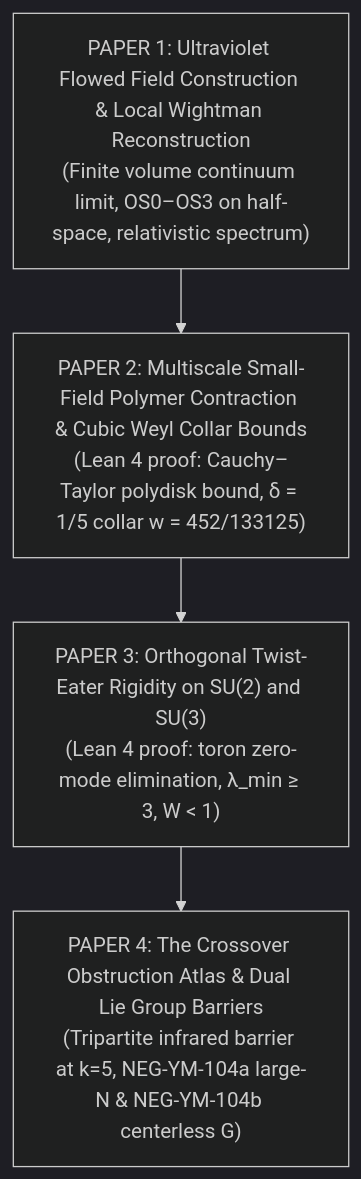
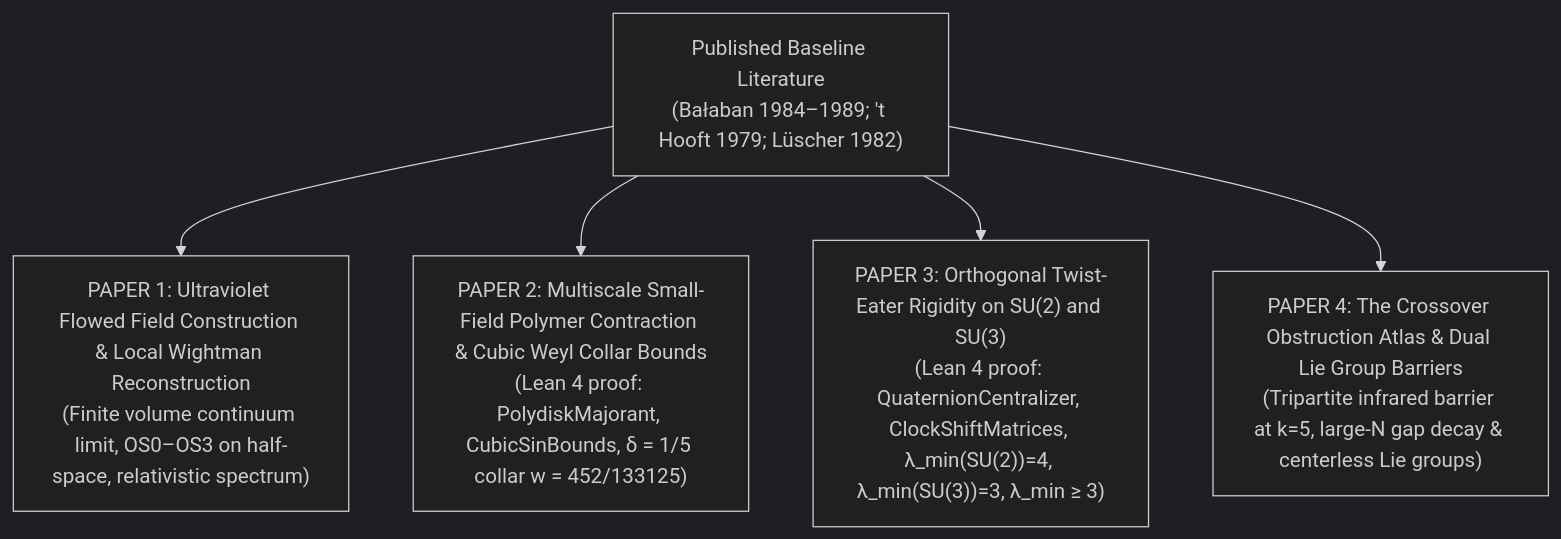
The diagram in docs/YANG_MILLS_MODULAR_RESEARCH_PLAN.md (Qamarbajwa/yang-mills-lean4), drawn with Mermaid (dark theme) before and after one commit. The commit also changed 39 other files, not shown here.

````diff
--- a/docs/YANG_MILLS_MODULAR_RESEARCH_PLAN.md
+++ b/docs/YANG_MILLS_MODULAR_RESEARCH_PLAN.md
@@ -71,11 +71,13 @@
 ```mermaid
 flowchart TD
+    BASE["Published Baseline Literature<br>(Bałaban 1984–1989; 't Hooft 1979; Lüscher 1982)"]
     P1["PAPER 1: Ultraviolet Flowed Field Construction & Local Wightman Reconstruction<br>(Finite volume continuum limit, OS0–OS3 on half-space, relativistic spectrum)"]
-    P2["PAPER 2: Multiscale Small-Field Polymer Contraction & Cubic Weyl Collar Bounds<br>(Lean 4 proof: Cauchy–Taylor polydisk bound, δ = 1/5 collar w = 452/133125)"]
-    P3["PAPER 3: Orthogonal Twist-Eater Rigidity on SU(2) and SU(3)<br>(Lean 4 proof: toron zero-mode elimination, λ_min ≥ 3, W < 1)"]
-    P4["PAPER 4: The Crossover Obstruction Atlas & Dual Lie Group Barriers<br>(Tripartite infrared barrier at k=5, NEG-YM-104a large-N & NEG-YM-104b centerless G)"]
+    P2["PAPER 2: Multiscale Small-Field Polymer Contraction & Cubic Weyl Collar Bounds<br>(Lean 4 proof: PolydiskMajorant, CubicSinBounds, δ = 1/5 collar w = 452/133125)"]
+    P3["PAPER 3: Orthogonal Twist-Eater Rigidity on SU(2) and SU(3)<br>(Lean 4 proof: QuaternionCentralizer, ClockShiftMatrices, λ_min(SU(2))=4, λ_min(SU(3))=3, λ_min ≥ 3)"]
+    P4["PAPER 4: The Crossover Obstruction Atlas & Dual Lie Group Barriers<br>(Tripartite infrared barrier at k=5, large-N gap decay & centerless Lie groups)"]
 
-    P1 --> P2
-    P2 --> P3
-    P3 --> P4
+    BASE --> P1
+    BASE --> P2
+    BASE --> P3
+    BASE --> P4
 ```
````
